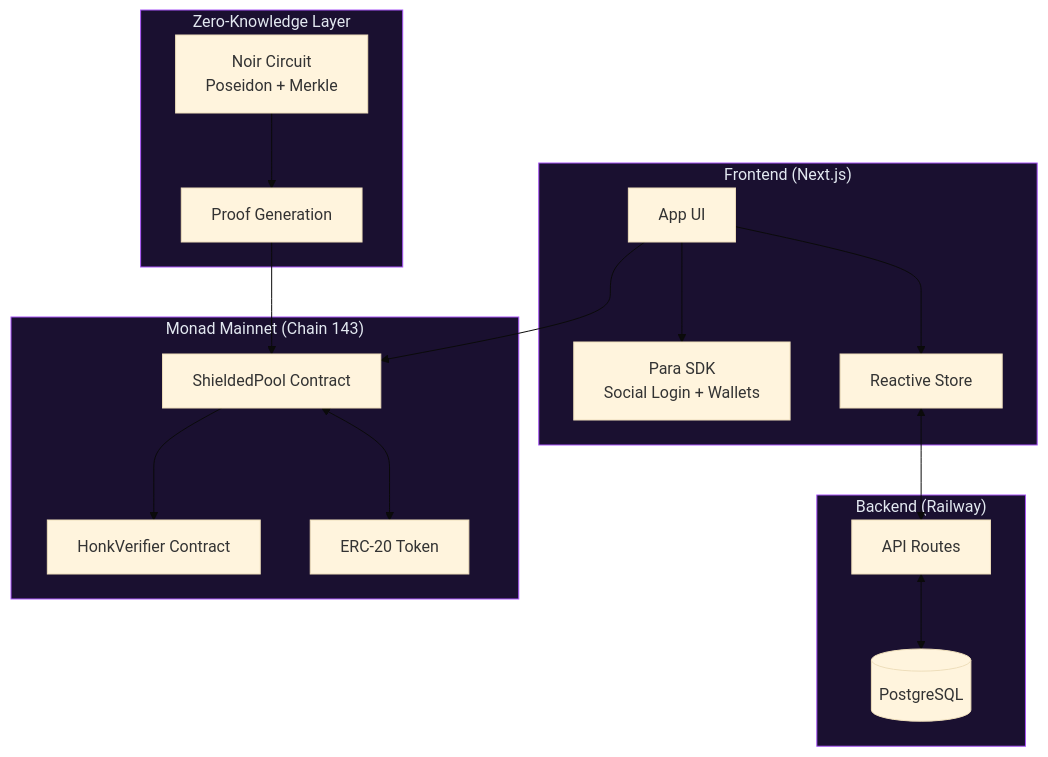
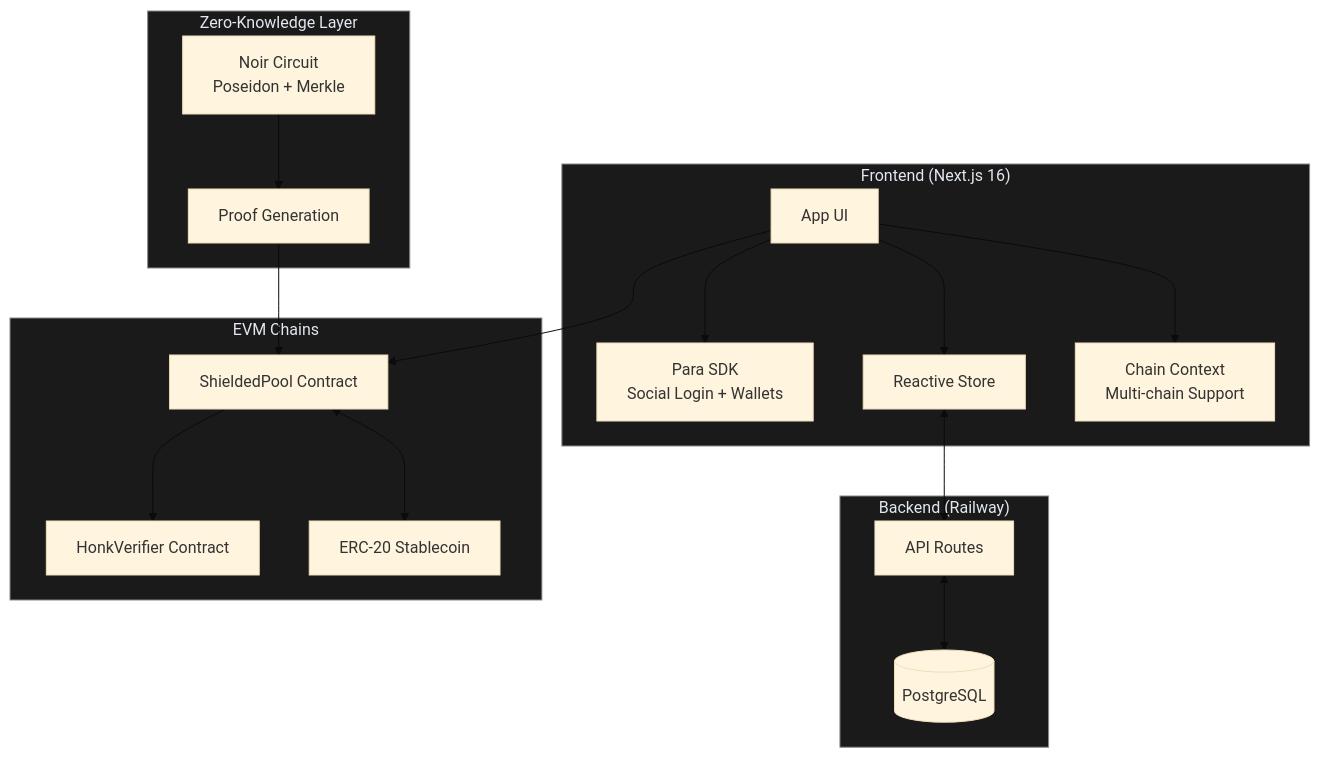
The first of 4 diagrams in README.md (0xj4an/blizkperse), drawn with Mermaid (base theme) before and after one commit. The commit also changed other lines of this file and 28 other files, not shown here.

First line of the commit message:
feat: enhance documentation and update README for multi-chain support

````diff
--- a/README.md
+++ b/README.md
@@ -17,39 +17,41 @@
 ```mermaid
 graph TB
-    subgraph Frontend["Frontend (Next.js)"]
+    subgraph Frontend["Frontend (Next.js 16)"]
         UI[App UI]
         Auth[Para SDK<br/>Social Login + Wallets]
         Store[Reactive Store]
+        Chain[Chain Context<br/>Multi-chain Support]
     end
 
     subgraph Backend["Backend (Railway)"]
         API[API Routes]
         DB[(PostgreSQL)]
     end
 
-    subgraph Blockchain["Monad Mainnet (Chain 143)"]
+    subgraph Blockchain["EVM Chains"]
         Pool[ShieldedPool Contract]
         Verifier[HonkVerifier Contract]
-        USDC[ERC-20 Token]
+        Token[ERC-20 Stablecoin]
     end
 
     subgraph ZK["Zero-Knowledge Layer"]
         Circuit[Noir Circuit<br/>Poseidon + Merkle]
         Proof[Proof Generation]
     end
 
     UI --> Auth
     UI --> Store
+    UI --> Chain
     Store <--> API
     API <--> DB
     UI --> Pool
     Pool --> Verifier
-    Pool <--> USDC
+    Pool <--> Token
     Proof --> Pool
     Circuit --> Proof
 
-    style Frontend fill:#1a1030,stroke:#a855f7,color:#e2e8f0
-    style Backend fill:#1a1030,stroke:#a855f7,color:#e2e8f0
-    style Blockchain fill:#1a1030,stroke:#a855f7,color:#e2e8f0
-    style ZK fill:#1a1030,stroke:#a855f7,color:#e2e8f0
+    style Frontend fill:#1a1a1a,stroke:#888,color:#e2e8f0
+    style Backend fill:#1a1a1a,stroke:#888,color:#e2e8f0
+    style Blockchain fill:#1a1a1a,stroke:#888,color:#e2e8f0
+    style ZK fill:#1a1a1a,stroke:#888,color:#e2e8f0
 ```
````
